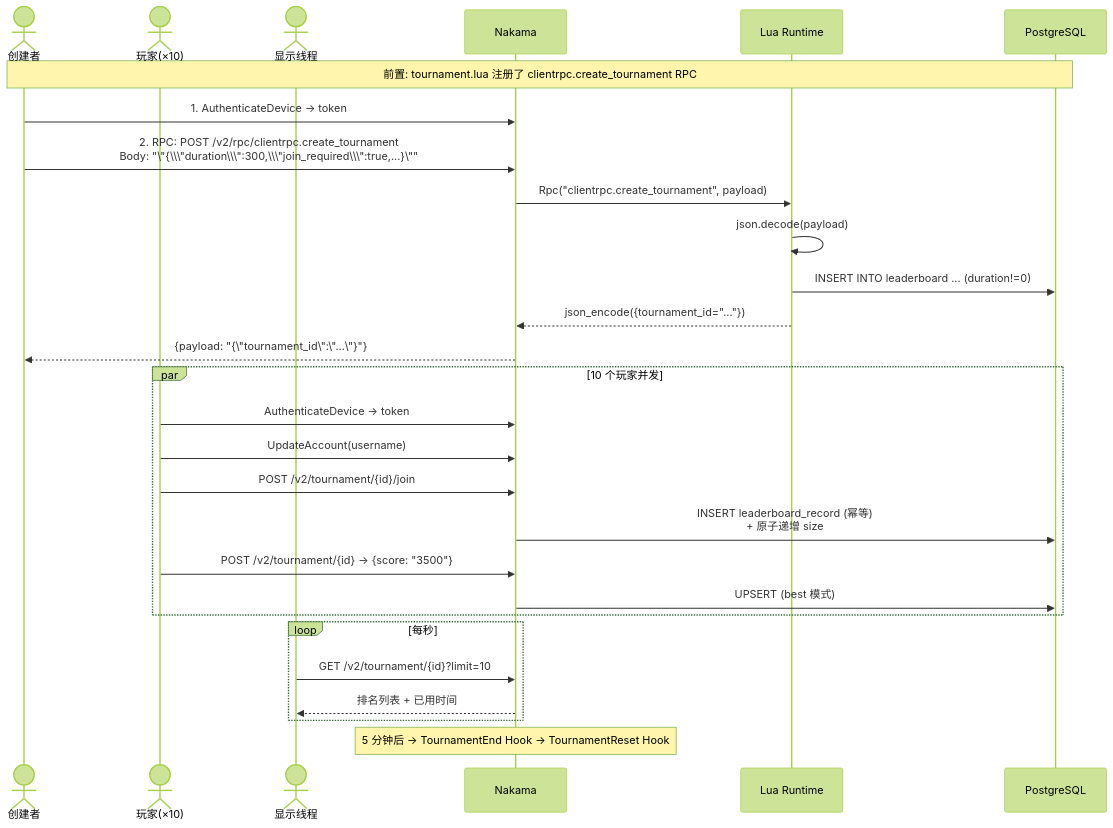
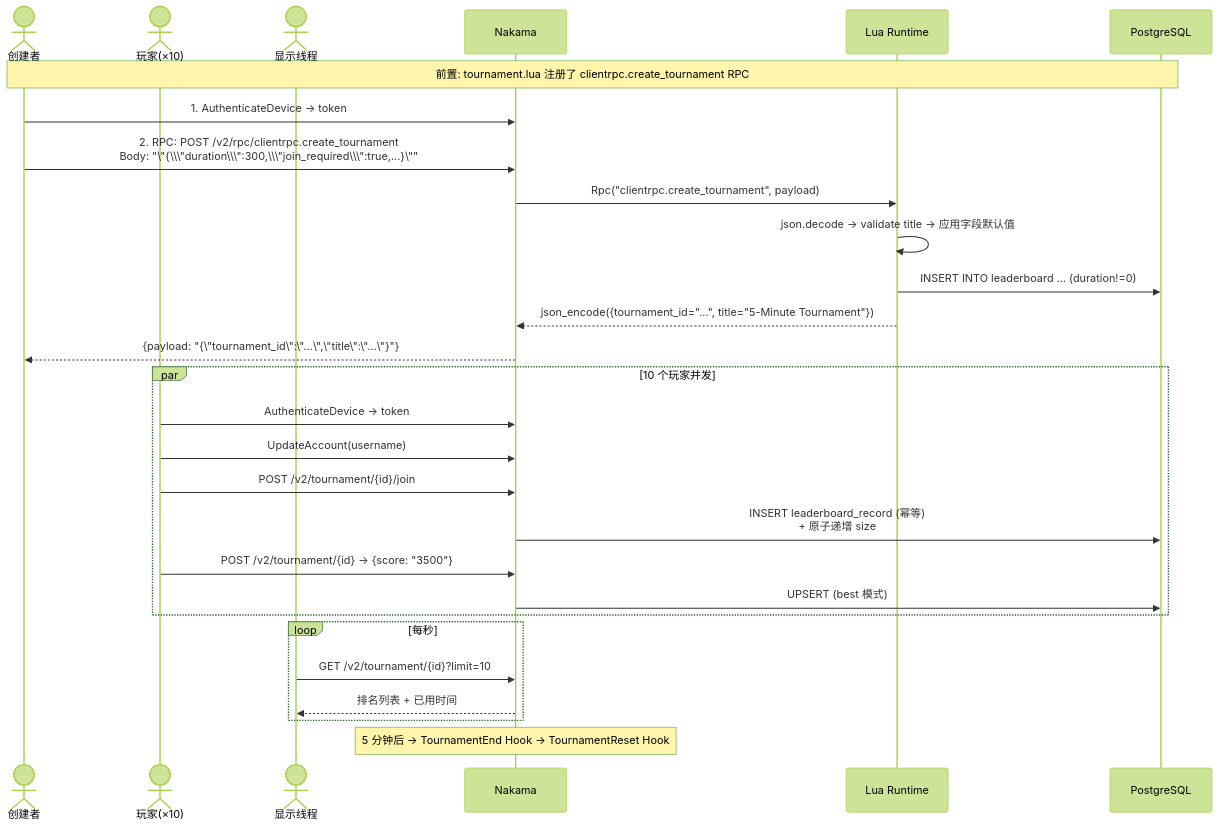
One commit to kindywu/nakama changed the sixth of 11 diagrams in docs/case-studies.md. Above: the diagram before and after it, drawn with Mermaid (forest theme). The commit also changed other lines of this file and 1 other file, not shown here.

First line of the commit message:
docs: update tournament example with RPC create/write details

````diff
--- a/docs/case-studies.md
+++ b/docs/case-studies.md
@@ -339,35 +341,35 @@
 ```mermaid
 sequenceDiagram
     actor Creator as 创建者
     actor Player as 玩家(×10)
     actor Display as 显示线程
     participant Nakama
     participant Lua as Lua Runtime
     participant DB as PostgreSQL
 
     Note over Creator,DB: 前置: tournament.lua 注册了 clientrpc.create_tournament RPC
 
     Creator->>Nakama: 1. AuthenticateDevice → token
     Creator->>Nakama: 2. RPC: POST /v2/rpc/clientrpc.create_tournament<br/>Body: "\"{\\\"duration\\\":300,\\\"join_required\\\":true,...}\""
     Nakama->>Lua: Rpc("clientrpc.create_tournament", payload)
-    Lua->>Lua: json.decode(payload)
+    Lua->>Lua: json.decode → validate title → 应用字段默认值
     Lua->>DB: INSERT INTO leaderboard ... (duration!=0)
-    Lua-->>Nakama: json_encode({tournament_id="..."})
-    Nakama-->>Creator: {payload: "{\"tournament_id\":\"...\"}"}
+    Lua-->>Nakama: json_encode({tournament_id="...", title="5-Minute Tournament"})
+    Nakama-->>Creator: {payload: "{\"tournament_id\":\"...\",\"title\":\"...\"}"}
 
     par 10 个玩家并发
         Player->>Nakama: AuthenticateDevice → token
         Player->>Nakama: UpdateAccount(username)
         Player->>Nakama: POST /v2/tournament/{id}/join
         Nakama->>DB: INSERT leaderboard_record (幂等)<br/>+ 原子递增 size
         Player->>Nakama: POST /v2/tournament/{id} → {score: "3500"}
         Nakama->>DB: UPSERT (best 模式)
     end
 
     loop 每秒
         Display->>Nakama: GET /v2/tournament/{id}?limit=10
         Nakama-->>Display: 排名列表 + 已用时间
     end
 
     Note over Nakama: 5 分钟后 → TournamentEnd Hook → TournamentReset Hook
 ```
````
